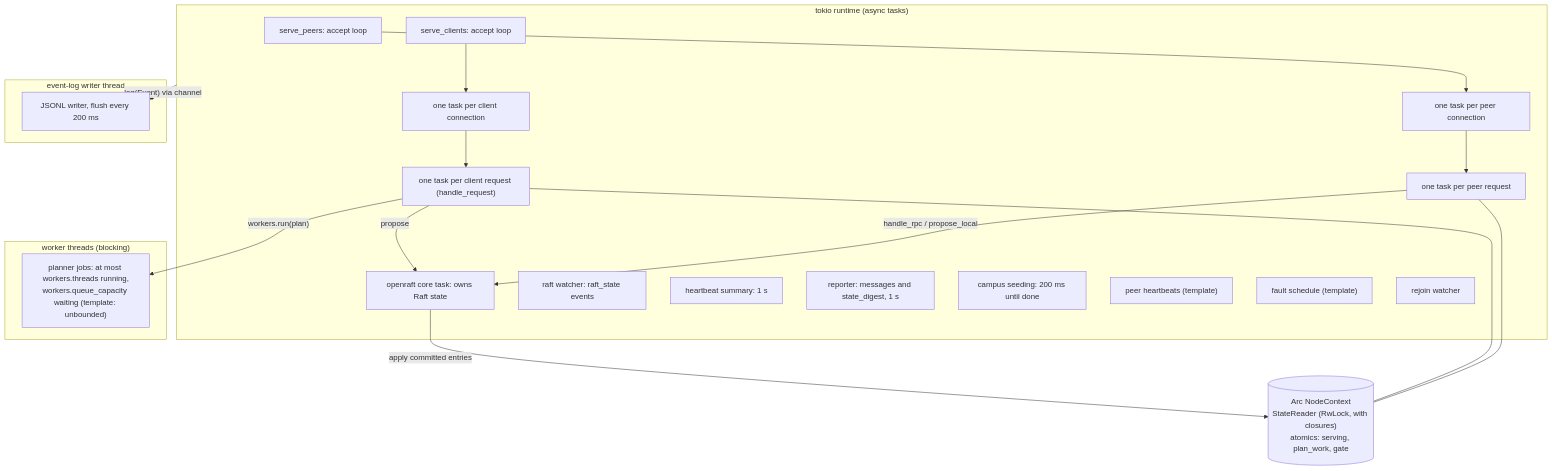
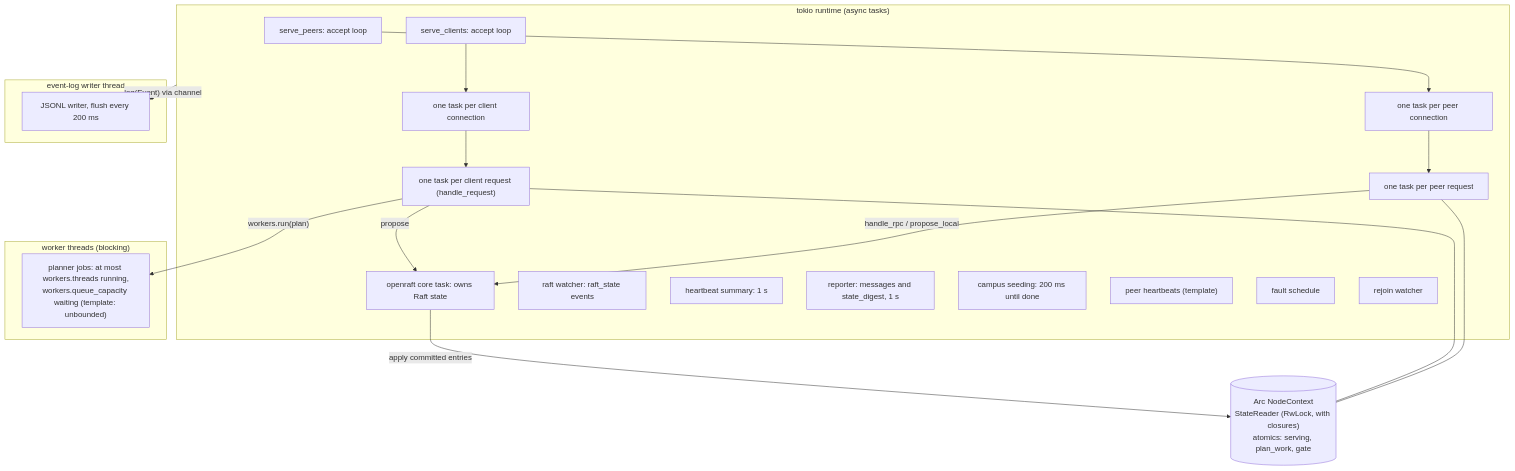
One commit to noortaytoy1/DistributedSystems changed diagram 25 of 26 in docs/architecture.md. Above: the diagram before and after it, drawn with Mermaid. The commit also changed other lines of this file and 13 other files, not shown here.

````diff
--- a/docs/architecture.md
+++ b/docs/architecture.md
@@ -890,31 +898,31 @@
 ```mermaid
 flowchart TB
     subgraph RT["tokio runtime (async tasks)"]
         PS["serve_peers: accept loop"] --> PCX["one task per peer connection"]
         PCX --> PRQ["one task per peer request"]
         CSV["serve_clients: accept loop"] --> CCX["one task per client connection"]
         CCX --> CRQ["one task per client request (handle_request)"]
         ORC["openraft core task: owns Raft state"]
         RW["raft watcher: raft_state events"]
         HBS["heartbeat summary: 1 s"]
         REP["reporter: messages and state_digest, 1 s"]
         SEED["campus seeding: 200 ms until done"]
         HBT["peer heartbeats (template)"]
-        FLT["fault schedule (template)"]
+        FLT["fault schedule"]
         RJ["rejoin watcher"]
     end
     subgraph POOL["worker threads (blocking)"]
         W["planner jobs: at most workers.threads running,<br/>workers.queue_capacity waiting (template: unbounded)"]
     end
     subgraph LOGT["event-log writer thread"]
         EL["JSONL writer, flush every 200 ms"]
     end
     CTX[("Arc NodeContext<br/>StateReader (RwLock, with closures)<br/>atomics: serving, plan_work, gate")]
     CRQ -->|"workers.run(plan)"| W
     CRQ -->|propose| ORC
     PRQ -->|"handle_rpc / propose_local"| ORC
     ORC -->|apply committed entries| CTX
     CRQ --- CTX
     PRQ --- CTX
     RT -->|"log(Event) via channel"| EL
 ```
````
